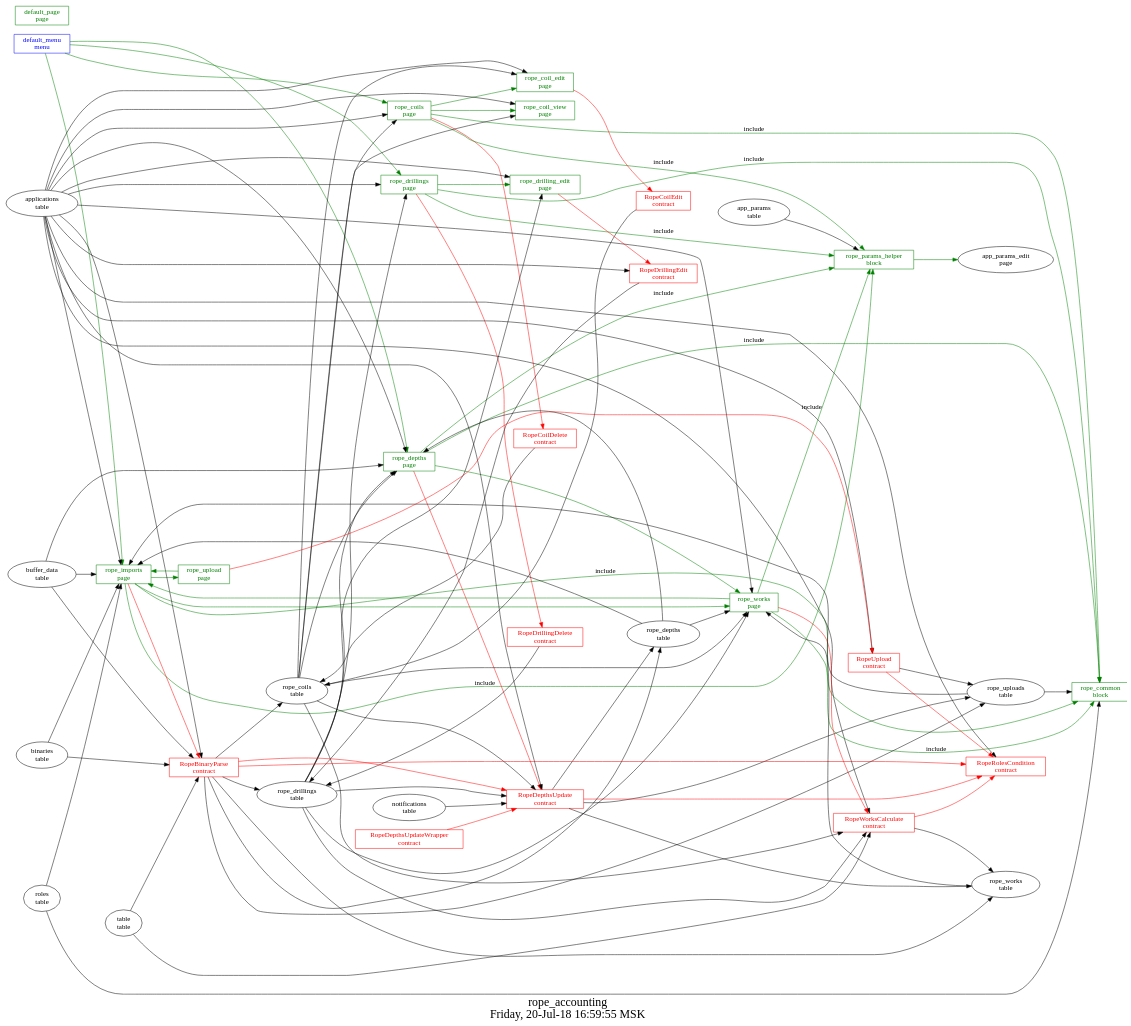
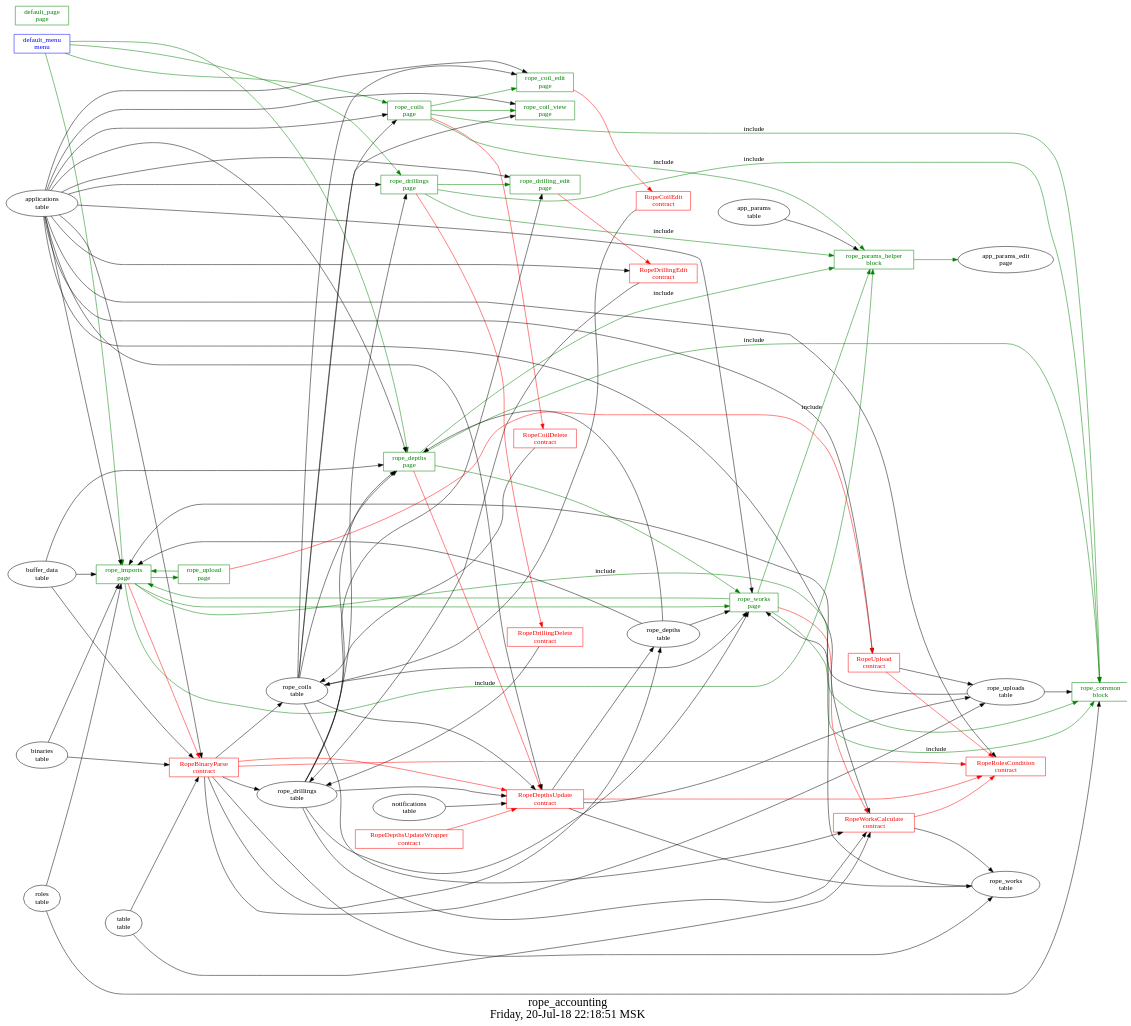
One commit to AplaProject/apps changed the diagram in src/rope_accounting/struct.dot. Above: the diagram before and after it, drawn with Graphviz. The commit also changed 1 other file, not shown here.

```diff
--- a/src/rope_accounting/struct.dot
+++ b/src/rope_accounting/struct.dot
@@ -1,131 +1,131 @@
 digraph G {
 fontsize="24";
-label="rope_accounting\nFriday, 20-Jul-18 16:59:55 MSK";
+label="rope_accounting\nFriday, 20-Jul-18 22:18:51 MSK";
 nojustify=true;
 ordering=out;
 rankdir=LR;
 size="30";
 "default_menu\nmenu" -> "rope_imports\npage"  [ color=green ]
 "default_menu\nmenu" -> "rope_depths\npage"  [ color=green ]
 "default_menu\nmenu" -> "rope_drillings\npage"  [ color=green ]
 "default_menu\nmenu" -> "rope_coils\npage"  [ color=green ]
 "default_menu\nmenu" [color=blue, fontcolor=blue, group=menus, shape=record];
 "default_page\npage" [color=green, fontcolor=green, group=pages, shape=record];
 "rope_coil_edit\npage" -> "RopeCoilEdit\ncontract"  [ color=red ]
 "applications\ntable" -> "rope_coil_edit\npage"
 "rope_coils\ntable" -> "rope_coil_edit\npage"
 "rope_coil_edit\npage" [color=green, fontcolor=green, group=pages, shape=record];
 "applications\ntable" -> "rope_coil_view\npage"
 "rope_coils\ntable" -> "rope_coil_view\npage"
 "rope_coil_view\npage" [color=green, fontcolor=green, group=pages, shape=record];
 "rope_coils\npage" -> "RopeCoilDelete\ncontract"  [ color=red ]
 "applications\ntable" -> "rope_coils\npage"
 "rope_coils\ntable" -> "rope_coils\npage"
 "rope_coils\npage" -> "rope_coil_edit\npage"  [ color=green ]
 "rope_coils\npage" -> "rope_coil_view\npage"  [ color=green ]
 "rope_coils\npage" -> "rope_common\nblock"  [ color=green, label=include ]
 "rope_coils\npage" -> "rope_params_helper\nblock"  [ color=green, label=include ]
 "rope_coils\npage" [color=green, fontcolor=green, group=pages, shape=record];
 "rope_depths\npage" -> "RopeDepthsUpdate\ncontract"  [ color=red ]
 "applications\ntable" -> "rope_depths\npage"
 "rope_depths\ntable" -> "rope_depths\npage"
 "rope_drillings\ntable" -> "rope_depths\npage"
 "rope_coils\ntable" -> "rope_depths\npage"
 "buffer_data\ntable" -> "rope_depths\npage"
 "rope_depths\npage" -> "rope_works\npage"  [ color=green ]
 "rope_depths\npage" -> "rope_common\nblock"  [ color=green, label=include ]
 "rope_depths\npage" -> "rope_params_helper\nblock"  [ color=green, label=include ]
 "rope_depths\npage" [color=green, fontcolor=green, group=pages, shape=record];
 "rope_drilling_edit\npage" -> "RopeDrillingEdit\ncontract"  [ color=red ]
 "applications\ntable" -> "rope_drilling_edit\npage"
 "rope_drillings\ntable" -> "rope_drilling_edit\npage"
 "rope_drilling_edit\npage" [color=green, fontcolor=green, group=pages, shape=record];
 "rope_drillings\npage" -> "RopeDrillingDelete\ncontract"  [ color=red ]
 "applications\ntable" -> "rope_drillings\npage"
 "rope_drillings\ntable" -> "rope_drillings\npage"
 "rope_drillings\npage" -> "rope_drilling_edit\npage"  [ color=green ]
 "rope_drillings\npage" -> "rope_common\nblock"  [ color=green, label=include ]
 "rope_drillings\npage" -> "rope_params_helper\nblock"  [ color=green, label=include ]
 "rope_drillings\npage" [color=green, fontcolor=green, group=pages, shape=record];
 "rope_imports\npage" -> "RopeBinaryParse\ncontract"  [ color=red ]
 "applications\ntable" -> "rope_imports\npage"
 "roles\ntable" -> "rope_imports\npage"
 "rope_uploads\ntable" -> "rope_imports\npage"
 "binaries\ntable" -> "rope_imports\npage"
 "rope_depths\ntable" -> "rope_imports\npage"
 "buffer_data\ntable" -> "rope_imports\npage"
 "rope_imports\npage" -> "rope_upload\npage"  [ color=green ]
 "rope_imports\npage" -> "rope_works\npage"  [ color=green ]
 "rope_imports\npage" -> "rope_common\nblock"  [ color=green, label=include ]
 "rope_imports\npage" -> "rope_params_helper\nblock"  [ color=green, label=include ]
 "rope_imports\npage" [color=green, fontcolor=green, group=pages, shape=record];
 "rope_upload\npage" -> "RopeUpload\ncontract"  [ color=red ]
 "rope_upload\npage" -> "rope_imports\npage"  [ color=green ]
 "rope_upload\npage" [color=green, fontcolor=green, group=pages, shape=record];
 "rope_works\npage" -> "RopeWorksCalculate\ncontract"  [ color=red ]
 "applications\ntable" -> "rope_works\npage"
 "rope_works\ntable" -> "rope_works\npage"
 "rope_drillings\ntable" -> "rope_works\npage"
 "rope_coils\ntable" -> "rope_works\npage"
 "rope_depths\ntable" -> "rope_works\npage"
 "rope_works\npage" -> "rope_imports\npage"  [ color=green ]
 "rope_works\npage" -> "rope_common\nblock"  [ color=green, label=include ]
 "rope_works\npage" -> "rope_params_helper\nblock"  [ color=green, label=include ]
 "rope_works\npage" [color=green, fontcolor=green, group=pages, shape=record];
 "roles\ntable" -> "rope_common\nblock"
 "rope_uploads\ntable" -> "rope_common\nblock"
 "rope_common\nblock" [color=green, fontcolor=green, group=blocks, shape=record];
 "app_params\ntable" -> "rope_params_helper\nblock"
 "rope_params_helper\nblock" -> "app_params_edit\npage"  [ color=green ]
 "rope_params_helper\nblock" [color=green, fontcolor=green, group=blocks, shape=record];
 "RopeBinaryParse\ncontract" -> "RopeDepthsUpdate\ncontract"  [ color=red ]
 "RopeBinaryParse\ncontract" -> "RopeRolesCondition\ncontract"  [ color=red ]
 "RopeBinaryParse\ncontract" -> "rope_coils\ntable"  [ color="" ]
 "RopeBinaryParse\ncontract" -> "rope_drillings\ntable"  [ color="" ]
 "RopeBinaryParse\ncontract" -> "rope_works\ntable"  [ color="" ]
 "RopeBinaryParse\ncontract" -> "rope_depths\ntable"  [ color="" ]
 "RopeBinaryParse\ncontract" -> "rope_uploads\ntable"  [ color="" ]
 "table\ntable" -> "RopeBinaryParse\ncontract"
 "buffer_data\ntable" -> "RopeBinaryParse\ncontract"
 "binaries\ntable" -> "RopeBinaryParse\ncontract"
 "applications\ntable" -> "RopeBinaryParse\ncontract"
 "RopeBinaryParse\ncontract" [color=red, fontcolor=red, group=contracts, shape=record];
 "RopeCoilDelete\ncontract" -> "rope_coils\ntable"  [ color="" ]
 "RopeCoilDelete\ncontract" [color=red, fontcolor=red, group=contracts, shape=record];
 "RopeCoilEdit\ncontract" -> "rope_coils\ntable"  [ color="" ]
 "RopeCoilEdit\ncontract" [color=red, fontcolor=red, group=contracts, shape=record];
 "RopeDepthsUpdate\ncontract" -> "RopeRolesCondition\ncontract"  [ color=red ]
 "RopeDepthsUpdate\ncontract" -> "rope_uploads\ntable"  [ color="" ]
 "RopeDepthsUpdate\ncontract" -> "rope_works\ntable"  [ color="" ]
 "RopeDepthsUpdate\ncontract" -> "rope_depths\ntable"  [ color="" ]
 "notifications\ntable" -> "RopeDepthsUpdate\ncontract"
 "rope_drillings\ntable" -> "RopeDepthsUpdate\ncontract"
 "rope_coils\ntable" -> "RopeDepthsUpdate\ncontract"
 "applications\ntable" -> "RopeDepthsUpdate\ncontract"
 "RopeDepthsUpdate\ncontract" [color=red, fontcolor=red, group=contracts, shape=record];
 "RopeDepthsUpdateWrapper\ncontract" -> "RopeDepthsUpdate\ncontract"  [ color=red ]
 "RopeDepthsUpdateWrapper\ncontract" [color=red, fontcolor=red, group=contracts, shape=record];
 "RopeDrillingDelete\ncontract" -> "rope_drillings\ntable"  [ color="" ]
 "RopeDrillingDelete\ncontract" [color=red, fontcolor=red, group=contracts, shape=record];
 "RopeDrillingEdit\ncontract" -> "rope_drillings\ntable"  [ color="" ]
 "applications\ntable" -> "RopeDrillingEdit\ncontract"
 "RopeDrillingEdit\ncontract" [color=red, fontcolor=red, group=contracts, shape=record];
 "applications\ntable" -> "RopeRolesCondition\ncontract"
 "RopeRolesCondition\ncontract" [color=red, fontcolor=red, group=contracts, shape=record];
 "RopeUpload\ncontract" -> "RopeRolesCondition\ncontract"  [ color=red ]
 "RopeUpload\ncontract" -> "rope_uploads\ntable"  [ color="" ]
 "applications\ntable" -> "RopeUpload\ncontract"
 "RopeUpload\ncontract" [color=red, fontcolor=red, group=contracts, shape=record];
 "RopeWorksCalculate\ncontract" -> "RopeRolesCondition\ncontract"  [ color=red ]
 "RopeWorksCalculate\ncontract" -> "rope_works\ntable"  [ color="" ]
 "table\ntable" -> "RopeWorksCalculate\ncontract"
 "applications\ntable" -> "RopeWorksCalculate\ncontract"
 "rope_coils\ntable" -> "RopeWorksCalculate\ncontract"
 "rope_drillings\ntable" -> "RopeWorksCalculate\ncontract"
 "RopeWorksCalculate\ncontract" [color=red, fontcolor=red, group=contracts, shape=record];
 "rope_coils\ntable" [color="", fontcolor="", group=tables, shape=""];
 "rope_depths\ntable" [color="", fontcolor="", group=tables, shape=""];
 "rope_drillings\ntable" [color="", fontcolor="", group=tables, shape=""];
 "rope_uploads\ntable" [color="", fontcolor="", group=tables, shape=""];
 "rope_works\ntable" [color="", fontcolor="", group=tables, shape=""];
 }
```
